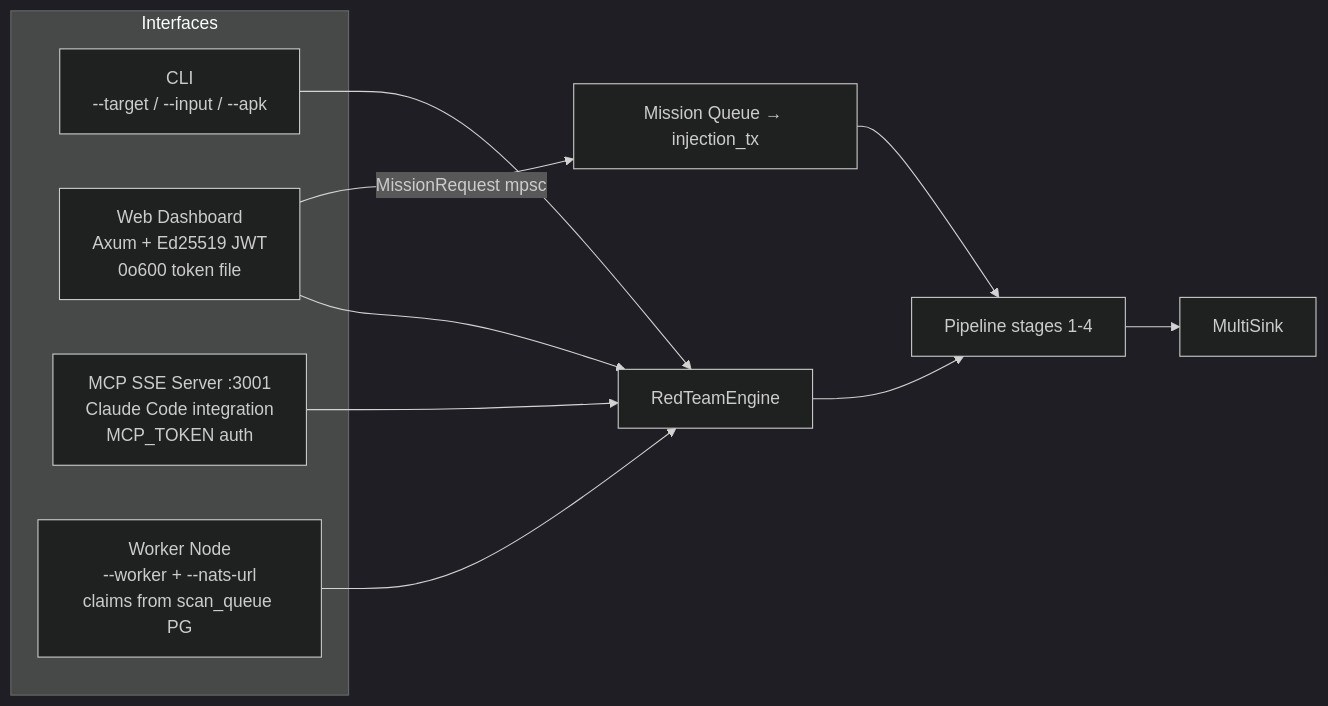
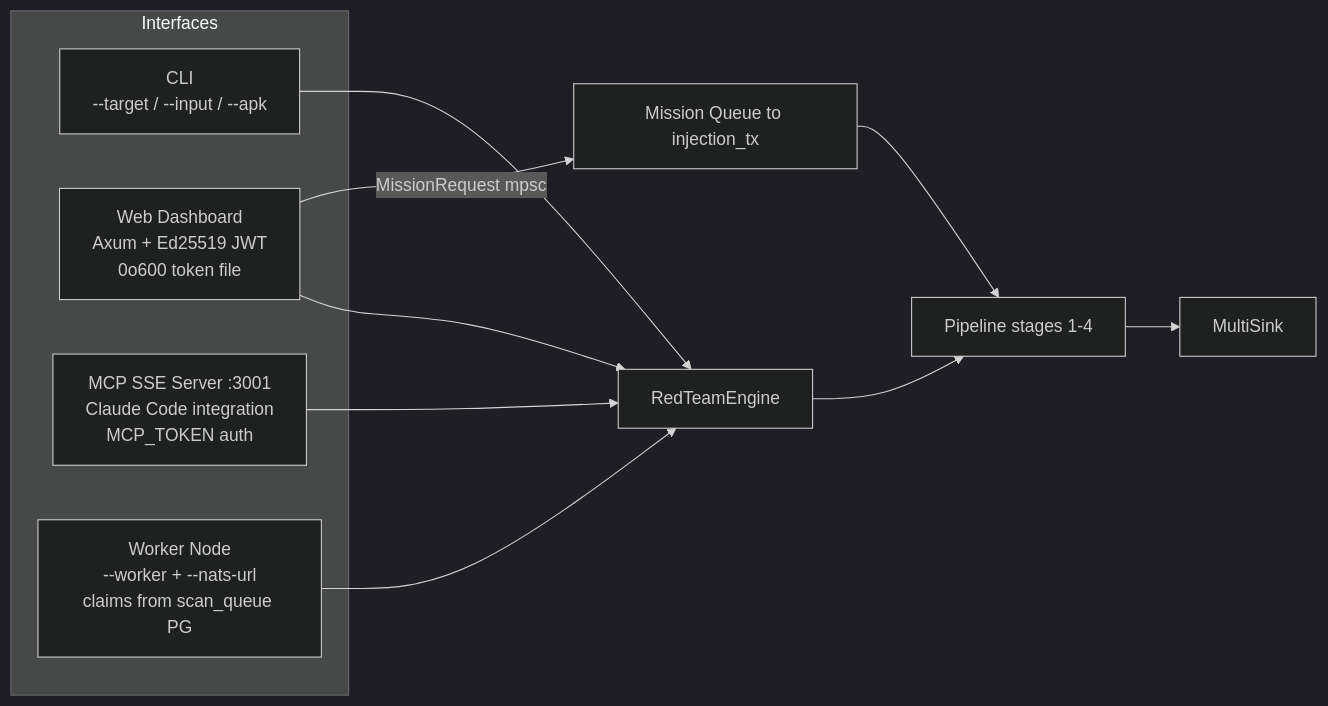
The ninth of 9 diagrams in redteam_rust_core/DOCS/ARCHITECTURE.md (kripiman/OsintUltimate), drawn with Mermaid (dark theme) before and after one commit. The commit also changed other lines of this file and 38 other files, not shown here.

````diff
--- a/redteam_rust_core/DOCS/ARCHITECTURE.md
+++ b/redteam_rust_core/DOCS/ARCHITECTURE.md
@@ -314,16 +329,16 @@
 ```mermaid
 flowchart LR
     subgraph Interfaces
-        CLI["CLI\n--target / --input / --apk"]
-        DASH["Web Dashboard\nAxum + Ed25519 JWT\n0o600 token file"]
-        MCP["MCP SSE Server :3001\nClaude Code integration\nMCP_TOKEN auth"]
-        WRK["Worker Node\n--worker + --nats-url\nclaims from scan_queue PG"]
+        CLI["CLI<br/>--target / --input / --apk"]
+        DASH["Web Dashboard<br/>Axum + Ed25519 JWT<br/>0o600 token file"]
+        MCP["MCP SSE Server :3001<br/>Claude Code integration<br/>MCP_TOKEN auth"]
+        WRK["Worker Node<br/>--worker + --nats-url<br/>claims from scan_queue PG"]
     end
 
     CLI & DASH & MCP & WRK --> ENG[RedTeamEngine]
     ENG --> PIPE[Pipeline stages 1-4]
     PIPE --> MSINK[MultiSink]
 
-    DASH -->|MissionRequest mpsc| MQ[Mission Queue → injection_tx]
+    DASH -->|MissionRequest mpsc| MQ["Mission Queue to injection_tx"]
     MQ --> PIPE
 ```
````
